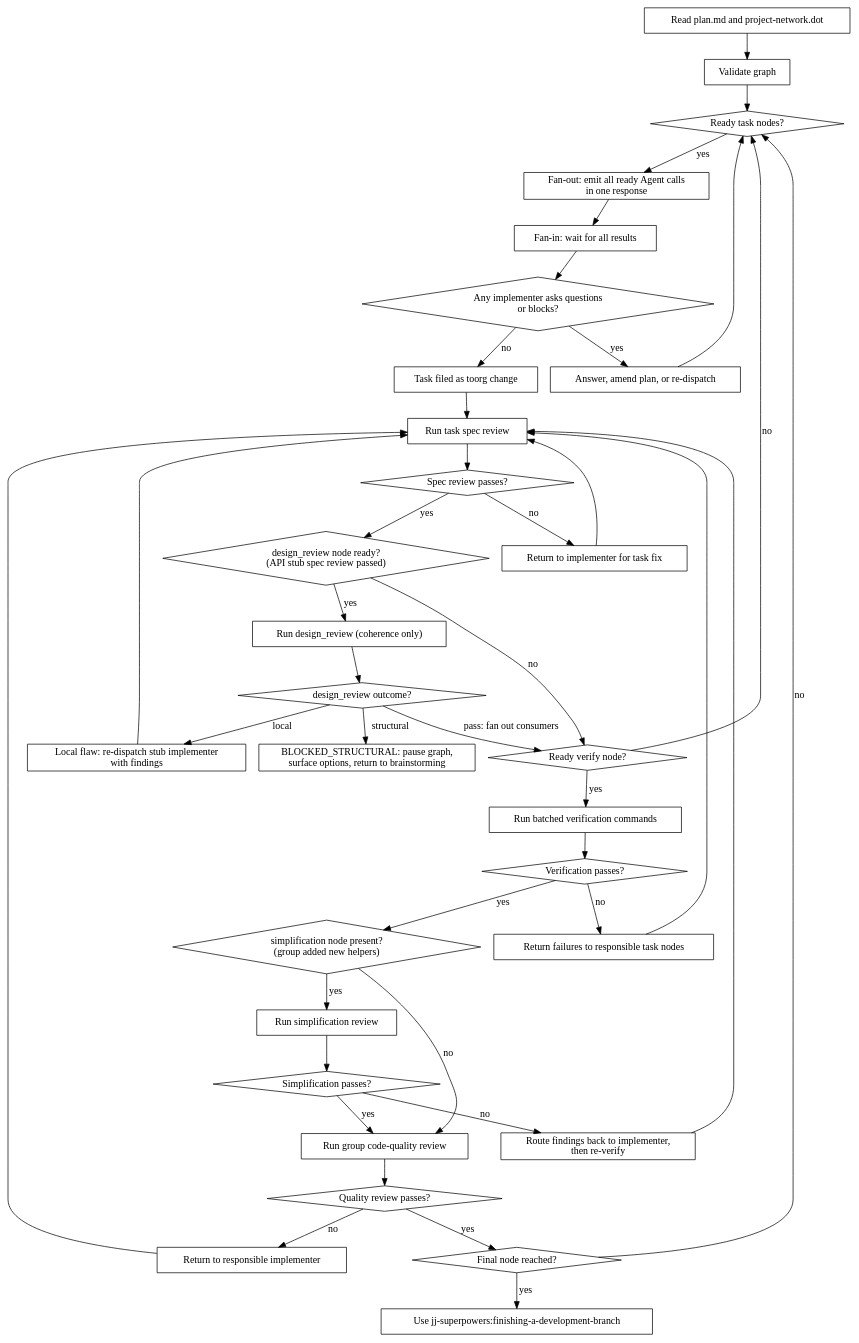
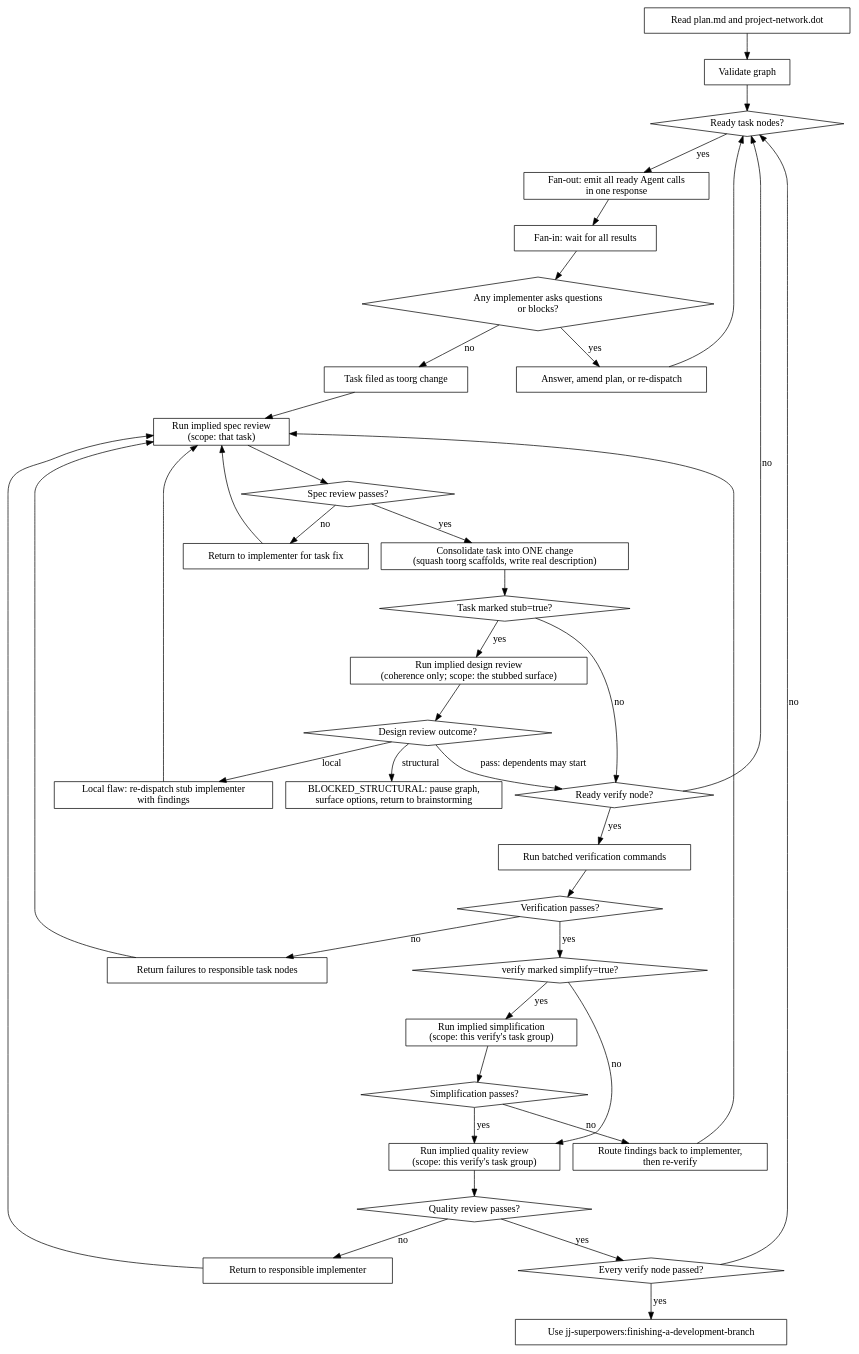
One commit to nickguletskii/jj-superpowers changed the second of 2 diagrams in skills/subagent-driven-development/SKILL.md. Above: the diagram before and after it, drawn with Graphviz. The commit also changed other lines of this file and 13 other files, not shown here.

Commit message:
refactor(subagent-driven-development): imply gates and consolidate tasks

````diff
--- a/skills/subagent-driven-development/SKILL.md
+++ b/skills/subagent-driven-development/SKILL.md
@@ -51,74 +64,73 @@
 ```dot
 digraph process {
     rankdir=TB;
 
-    "Read plan.md and project-network.dot" [shape=box];
-    "Validate graph" [shape=box];
-    "Ready task nodes?" [shape=diamond];
-    "Fan-out: emit all ready Agent calls\nin one response" [shape=box];
-    "Fan-in: wait for all results" [shape=box];
-    "Any implementer asks questions\nor blocks?" [shape=diamond];
-    "Answer, amend plan, or re-dispatch" [shape=box];
-    "Task filed as toorg change" [shape=box];
-    "Run task spec review" [shape=box];
-    "Spec review passes?" [shape=diamond];
-    "Return to implementer for task fix" [shape=box];
-    "design_review node ready?\n(API stub spec review passed)" [shape=diamond];
-    "Run design_review (coherence only)" [shape=box];
-    "design_review outcome?" [shape=diamond];
-    "Local flaw: re-dispatch stub implementer\nwith findings" [shape=box];
-    "BLOCKED_STRUCTURAL: pause graph,\nsurface options, return to brainstorming" [shape=box];
-    "Ready verify node?" [shape=diamond];
-    "Run batched verification commands" [shape=box];
-    "Verification passes?" [shape=diamond];
-    "Return failures to responsible task nodes" [shape=box];
-    "simplification node present?\n(group added new helpers)" [shape=diamond];
-    "Run simplification review" [shape=box];
-    "Simplification passes?" [shape=diamond];
-    "Route findings back to implementer,\nthen re-verify" [shape=box];
-    "Run group code-quality review" [shape=box];
-    "Quality review passes?" [shape=diamond];
-    "Return to responsible implementer" [shape=box];
-    "Final node reached?" [shape=diamond];
-    "Use jj-superpowers:finishing-a-development-branch" [shape=box];
+    read        [shape=box, label="Read plan.md and project-network.dot"];
+    validate    [shape=box, label="Validate graph"];
+    ready_task  [shape=diamond, label="Ready task nodes?"];
+    fanout      [shape=box, label="Fan-out: emit all ready Agent calls\nin one response"];
+    fanin       [shape=box, label="Fan-in: wait for all results"];
+    asks        [shape=diamond, label="Any implementer asks questions\nor blocks?"];
+    answer      [shape=box, label="Answer, amend plan, or re-dispatch"];
+    filed       [shape=box, label="Task filed as toorg change"];
+    spec        [shape=box, label="Run implied spec review\n(scope: that task)"];
+    spec_ok     [shape=diamond, label="Spec review passes?"];
+    task_fix    [shape=box, label="Return to implementer for task fix"];
+    consolidate [shape=box, label="Consolidate task into ONE change\n(squash toorg scaffolds, write real description)"];
+    is_stub     [shape=diamond, label="Task marked stub=true?"];
+    design      [shape=box, label="Run implied design review\n(coherence only; scope: the stubbed surface)"];
+    design_out  [shape=diamond, label="Design review outcome?"];
+    design_loc  [shape=box, label="Local flaw: re-dispatch stub implementer\nwith findings"];
+    structural  [shape=box, label="BLOCKED_STRUCTURAL: pause graph,\nsurface options, return to brainstorming"];
+    ready_ver   [shape=diamond, label="Ready verify node?"];
+    run_ver     [shape=box, label="Run batched verification commands"];
+    ver_ok      [shape=diamond, label="Verification passes?"];
+    ver_fail    [shape=box, label="Return failures to responsible task nodes"];
+    is_simp     [shape=diamond, label="verify marked simplify=true?"];
+    simp        [shape=box, label="Run implied simplification\n(scope: this verify's task group)"];
+    simp_ok     [shape=diamond, label="Simplification passes?"];
+    simp_fail   [shape=box, label="Route findings back to implementer,\nthen re-verify"];
+    quality     [shape=box, label="Run implied quality review\n(scope: this verify's task group)"];
+    qual_ok     [shape=diamond, label="Quality review passes?"];
+    qual_fail   [shape=box, label="Return to responsible implementer"];
+    all_ver     [shape=diamond, label="Every verify node passed?"];
+    finish      [shape=box, label="Use jj-superpowers:finishing-a-development-branch"];
 
-    "Read plan.md and project-network.dot" -> "Validate graph";
-    "Validate graph" -> "Ready task nodes?";
-    "Ready task nodes?" -> "Fan-out: emit all ready Agent calls\nin one response" [label="yes"];
-    "Fan-out: emit all ready Agent calls\nin one response" -> "Fan-in: wait for all results";
-    "Fan-in: wait for all results" -> "Any implementer asks questions\nor blocks?";
-    "Any implementer asks questions\nor blocks?" -> "Answer, amend plan, or re-dispatch" [label="yes"];
-    "Answer, amend plan, or re-dispatch" -> "Ready task nodes?";
-    "Any implementer asks questions\nor blocks?" -> "Task filed as toorg change" [label="no"];
-    "Task filed as toorg change" -> "Run task spec review";
-    "Run task spec review" -> "Spec review passes?";
-    "Spec review passes?" -> "Return to implementer for task fix" [label="no"];
-    "Return to implementer for task fix" -> "Run task spec review";
-    "Spec review passes?" -> "design_review node ready?\n(API stub spec review passed)" [label="yes"];
-    "design_review node ready?\n(API stub spec review passed)" -> "Run design_review (coherence only)" [label="yes"];
-    "design_review node ready?\n(API stub spec review passed)" -> "Ready verify node?" [label="no"];
-    "Run design_review (coherence only)" -> "design_review outcome?";
-    "design_review outcome?" -> "Local flaw: re-dispatch stub implementer\nwith findings" [label="local"];
-    "Local flaw: re-dispatch stub implementer\nwith findings" -> "Run task spec review";
-    "design_review outcome?" -> "BLOCKED_STRUCTURAL: pause graph,\nsurface options, return to brainstorming" [label="structural"];
-    "design_review outcome?" -> "Ready verify node?" [label="pass: fan out consumers"];
-    "Ready verify node?" -> "Run batched verification commands" [label="yes"];
-    "Ready verify node?" -> "Ready task nodes?" [label="no"];
-    "Run batched verification commands" -> "Verification passes?";
-    "Verification passes?" -> "Return failures to responsible task nodes" [label="no"];
-    "Return failures to responsible task nodes" -> "Run task spec review";
-    "Verification passes?" -> "simplification node present?\n(group added new helpers)" [label="yes"];
-    "simplification node present?\n(group added new helpers)" -> "Run simplification review" [label="yes"];
-    "simplification node present?\n(group added new helpers)" -> "Run group code-quality review" [label="no"];
-    "Run simplification review" -> "Simplification passes?";
-    "Simplification passes?" -> "Route findings back to implementer,\nthen re-verify" [label="no"];
-    "Route findings back to implementer,\nthen re-verify" -> "Run task spec review";
-    "Simplification passes?" -> "Run group code-quality review" [label="yes"];
-    "Run group code-quality review" -> "Quality review passes?";
-    "Quality review passes?" -> "Return to responsible implementer" [label="no"];
-    "Return to responsible implementer" -> "Run task spec review";
-    "Quality review passes?" -> "Final node reached?" [label="yes"];
-    "Final node reached?" -> "Ready task nodes?" [label="no"];
-    "Final node reached?" -> "Use jj-superpowers:finishing-a-development-branch" [label="yes"];
+    read -> validate -> ready_task;
+    ready_task -> fanout [label="yes"];
+    fanout -> fanin -> asks;
+    asks -> answer [label="yes"];
+    answer -> ready_task;
+    asks -> filed [label="no"];
+    filed -> spec -> spec_ok;
+    spec_ok -> task_fix [label="no"];
+    task_fix -> spec;
+    spec_ok -> consolidate [label="yes"];
+    consolidate -> is_stub;
+    is_stub -> design [label="yes"];
+    is_stub -> ready_ver [label="no"];
+    design -> design_out;
+    design_out -> design_loc [label="local"];
+    design_loc -> spec;
+    design_out -> structural [label="structural"];
+    design_out -> ready_ver [label="pass: dependents may start"];
+    ready_ver -> run_ver [label="yes"];
+    ready_ver -> ready_task [label="no"];
+    run_ver -> ver_ok;
+    ver_ok -> ver_fail [label="no"];
+    ver_fail -> spec;
+    ver_ok -> is_simp [label="yes"];
+    is_simp -> simp [label="yes"];
+    is_simp -> quality [label="no"];
+    simp -> simp_ok;
+    simp_ok -> simp_fail [label="no"];
+    simp_fail -> spec;
+    simp_ok -> quality [label="yes"];
+    quality -> qual_ok;
+    qual_ok -> qual_fail [label="no"];
+    qual_fail -> spec;
+    qual_ok -> all_ver [label="yes"];
+    all_ver -> ready_task [label="no"];
+    all_ver -> finish [label="yes"];
 }
 ```
````
